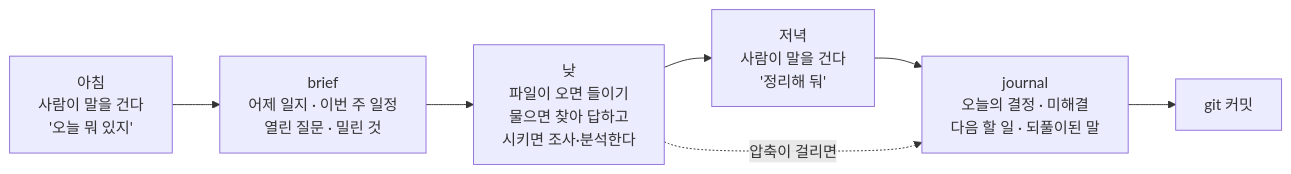
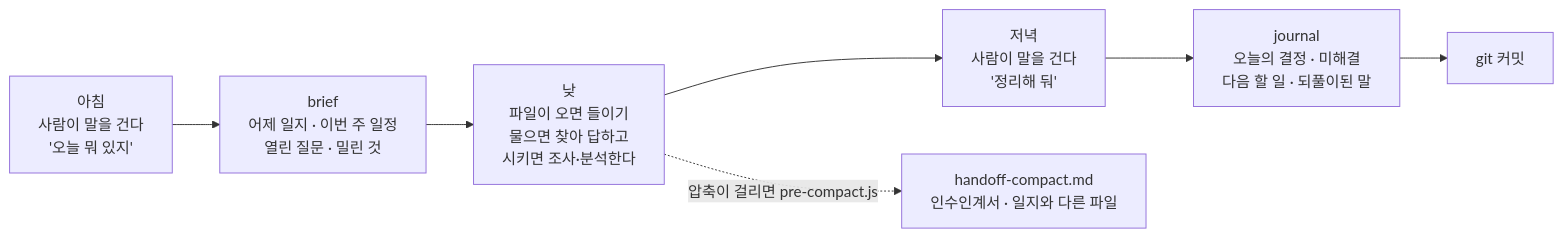
Before and after one commit to bjw202/prodev: diagram 15 of 17 in README.md, drawn with Mermaid. The commit also changed other lines of this file, not shown here.

````diff
--- a/README.md
+++ b/README.md
@@ -870,9 +873,9 @@
 ```mermaid
 flowchart LR
     T1["아침<br/>사람이 말을 건다<br/>'오늘 뭐 있지'"] --> T2["brief<br/>어제 일지 · 이번 주 일정<br/>열린 질문 · 밀린 것"]
     T2 --> T3["낮<br/>파일이 오면 들이기<br/>물으면 찾아 답하고<br/>시키면 조사·분석한다"]
     T3 --> T4["저녁<br/>사람이 말을 건다<br/>'정리해 둬'"]
     T4 --> T5["journal<br/>오늘의 결정 · 미해결<br/>다음 할 일 · 되풀이된 말"]
     T5 --> T6["git 커밋"]
-    T3 -.->|"압축이 걸리면"| T5
+    T3 -.->|"압축이 걸리면 pre-compact.js"| HO["handoff-compact.md<br/>인수인계서 · 일지와 다른 파일"]
 ```
````
